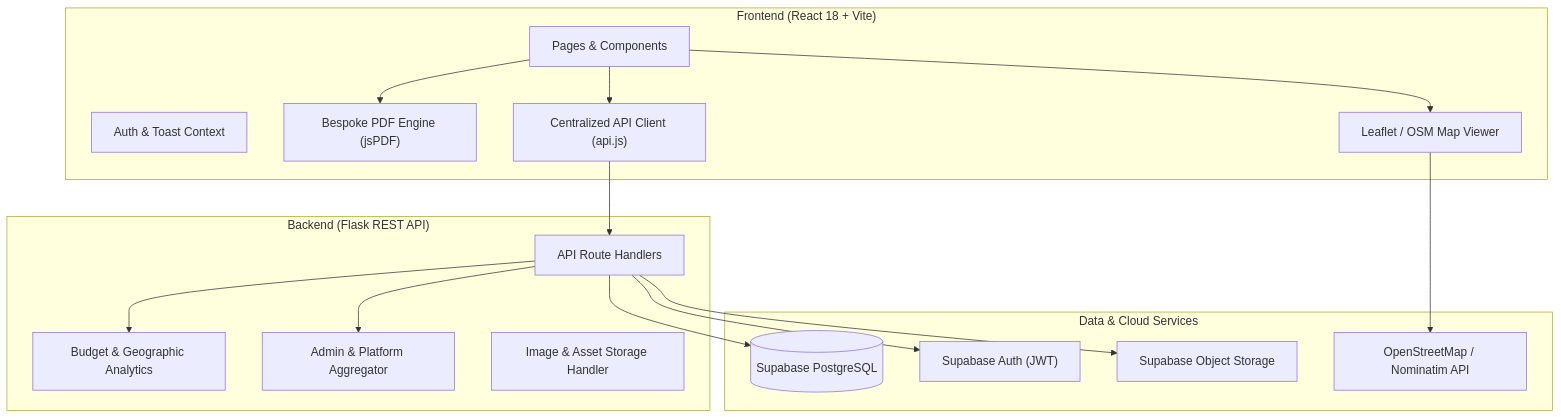
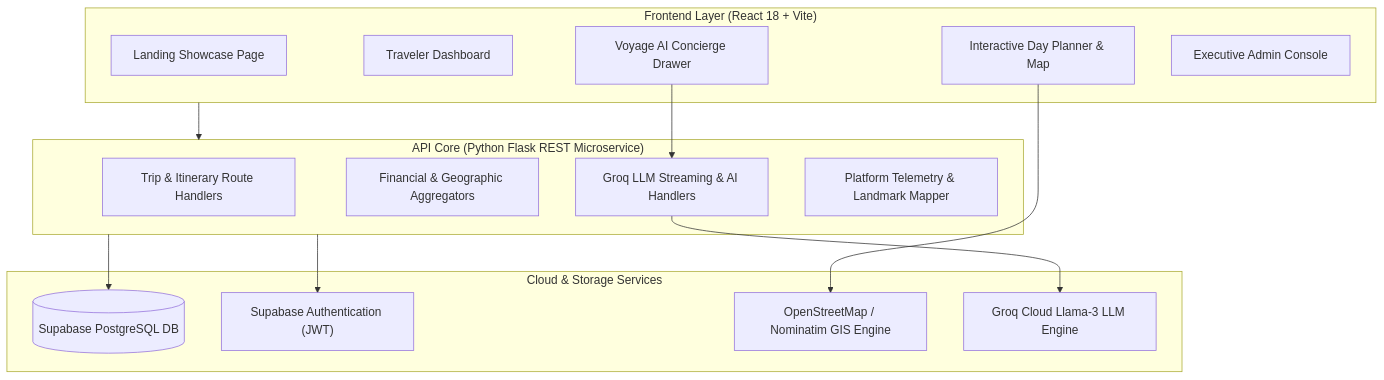
The diagram in README.md (Solivagus17/globetrotter), drawn with Mermaid before and after one commit. The commit also changed other lines of this file and 5 other files, not shown here.

````diff
--- a/README.md
+++ b/README.md
@@ -38,35 +75,31 @@
 ```mermaid
 flowchart TD
-    subgraph Frontend["Frontend (React 18 + Vite)"]
-        UI["Pages & Components"]
-        Context["Auth & Toast Context"]
-        PDF["Bespoke PDF Engine (jsPDF)"]
-        Map["Leaflet / OSM Map Viewer"]
-        API_Client["Centralized API Client (api.js)"]
+    subgraph Client["Frontend Layer (React 18 + Vite)"]
+        Landing["Landing Showcase Page"]
+        Dashboard["Traveler Dashboard"]
+        Planner["Interactive Day Planner & Map"]
+        AI["Voyage AI Concierge Drawer"]
+        Admin["Executive Admin Console"]
     end
 
-    subgraph Backend["Backend (Flask REST API)"]
-        Routes["API Route Handlers"]
-        Analytics["Budget & Geographic Analytics"]
-        AdminModule["Admin & Platform Aggregator"]
-        Storage["Image & Asset Storage Handler"]
+    subgraph Server["API Core (Python Flask REST Microservice)"]
+        TripRoutes["Trip & Itinerary Route Handlers"]
+        AnalyticsEngine["Financial & Geographic Aggregators"]
+        AIRoutes["Groq LLM Streaming & AI Handlers"]
+        AdminService["Platform Telemetry & Landmark Mapper"]
     end
 
-    subgraph External["Data & Cloud Services"]
-        Supabase_DB[("Supabase PostgreSQL")]
-        Supabase_Auth["Supabase Auth (JWT)"]
-        Supabase_Storage["Supabase Object Storage"]
-        OSM["OpenStreetMap / Nominatim API"]
+    subgraph Data["Cloud & Storage Services"]
+        SupabaseDB[("Supabase PostgreSQL DB")]
+        SupabaseAuth["Supabase Authentication (JWT)"]
+        OSM["OpenStreetMap / Nominatim GIS Engine"]
+        GroqCloud["Groq Cloud Llama-3 LLM Engine"]
     end
 
-    UI --> API_Client
-    UI --> PDF
-    UI --> Map
-    Map --> OSM
-    API_Client --> Routes
-    Routes --> Analytics
-    Routes --> AdminModule
-    Routes --> Supabase_DB
-    Routes --> Supabase_Auth
-    Routes --> Supabase_Storage
+    Client --> Server
+    Planner --> OSM
+    AI --> AIRoutes
+    Server --> SupabaseDB
+    Server --> SupabaseAuth
+    AIRoutes --> GroqCloud
 ```
````
